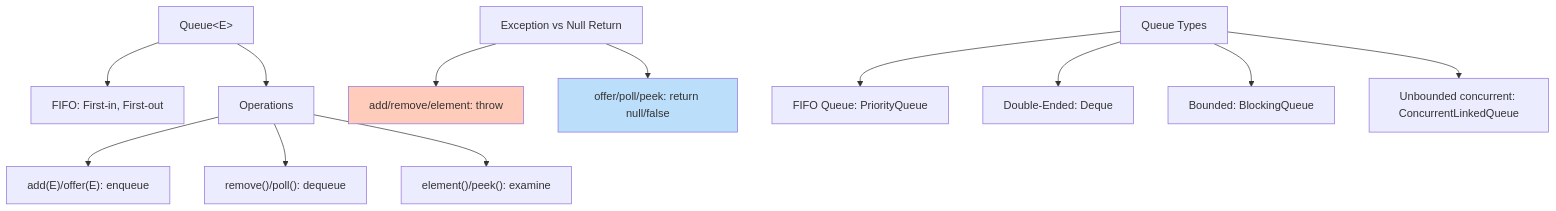
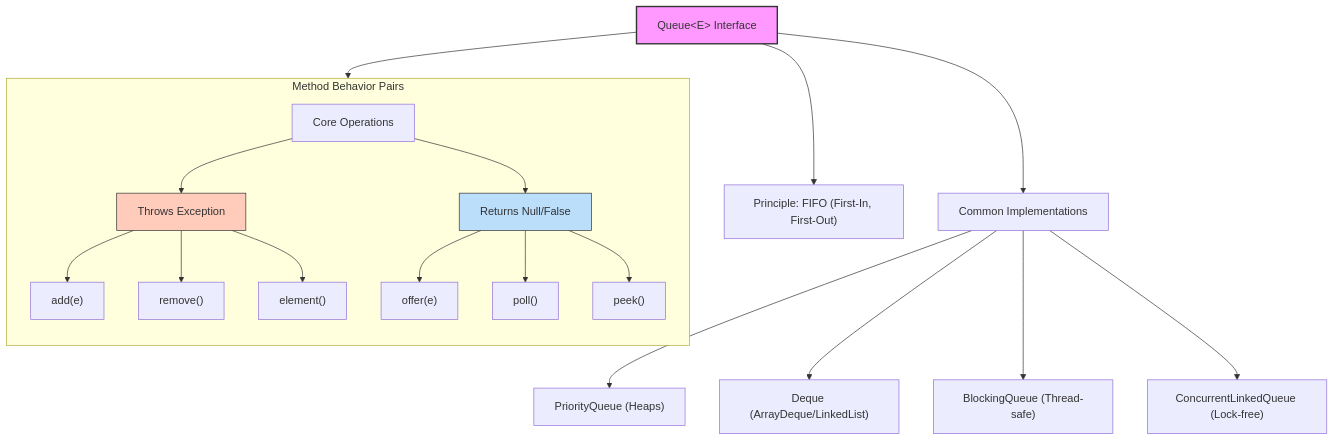
Diagram 18 of 30 in Collections.md (srinidevlearn/java-learn-collections), drawn with Mermaid before and after one commit. The commit also changed other lines of this file and 1 other file, not shown here.

````diff
--- a/Collections.md
+++ b/Collections.md
@@ -570,20 +570,38 @@
 ```mermaid
 graph TD
-    A["Queue&lt;E&gt;"] --> B["FIFO: First-in, First-out"]
-    A --> C["Operations"]
+    %% Main Interface
+    Queue["Queue&lt;E&gt; Interface"]
     
-    C --> C1["add(E)/offer(E): enqueue"]
-    C --> C2["remove()/poll(): dequeue"]
-    C --> C3["element()/peek(): examine"]
+    %% Core Principle
+    Queue --> FIFO["Principle: FIFO (First-In, First-Out)"]
     
-    D["Exception vs Null Return"] --> D1["add/remove/element: throw"]
-    D --> D2["offer/poll/peek: return null/false"]
+    %% Operation Categories
+    Queue --> Ops["Core Operations"]
     
-    E["Queue Types"] --> E1["FIFO Queue: PriorityQueue"]
-    E --> E2["Double-Ended: Deque"]
-    E --> E3["Bounded: BlockingQueue"]
-    E --> E4["Unbounded concurrent: ConcurrentLinkedQueue"]
+    subgraph Methods ["Method Behavior Pairs"]
+        direction TB
+        Ops --> Throw["Throws Exception"]
+        Ops --> Safe["Returns Null/False"]
+        
+        Throw --> T1["add(e)"]
+        Throw --> T2["remove()"]
+        Throw --> T3["element()"]
+        
+        Safe --> S1["offer(e)"]
+        Safe --> S2["poll()"]
+        Safe --> S3["peek()"]
+    end
+
+    %% Implementation Types
+    Queue --> Types["Common Implementations"]
     
-    style D1 fill:#ffccbc
-    style D2 fill:#bbdefb
+    Types --> P["PriorityQueue (Heaps)"]
+    Types --> D["Deque (ArrayDeque/LinkedList)"]
+    Types --> B["BlockingQueue (Thread-safe)"]
+    Types --> C["ConcurrentLinkedQueue (Lock-free)"]
+
+    %% Styling
+    style Throw fill:#ffccbc,stroke:#333
+    style Safe fill:#bbdefb,stroke:#333
+    style Queue fill:#f9f,stroke:#333,stroke-width:2px
 ```
````
